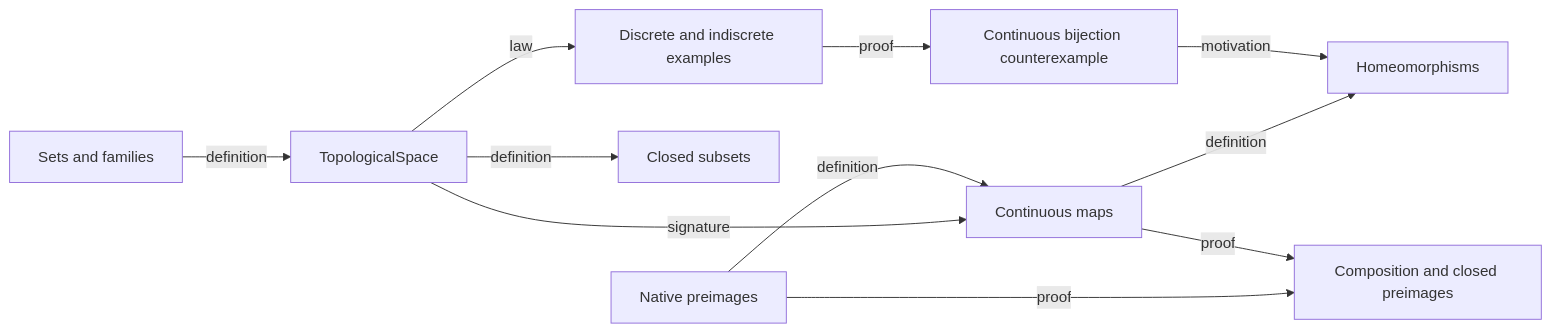
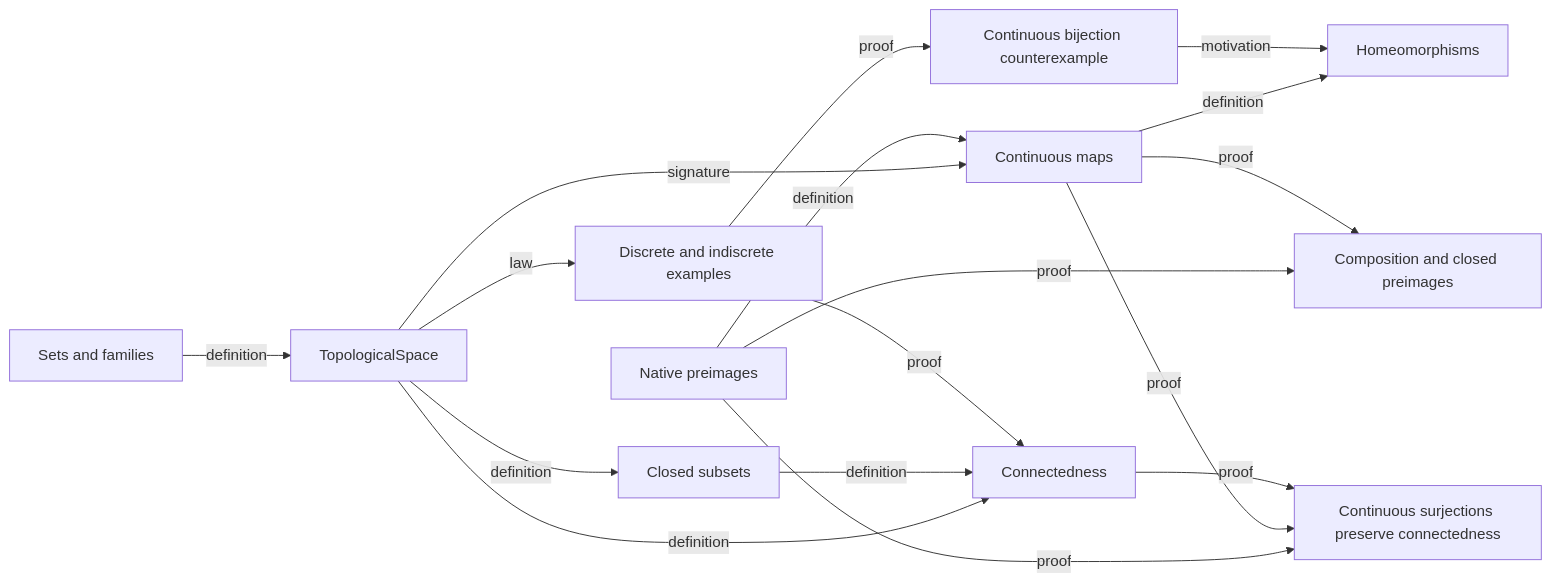
Before and after one commit to litexlang/golitex: the diagram in showcases/topology/math_collections.md, drawn with Mermaid. The commit also changed other lines of this file and 207 other files, not shown here.

````diff
--- a/showcases/topology/math_collections.md
+++ b/showcases/topology/math_collections.md
@@ -56,13 +72,19 @@
 ```mermaid
 flowchart LR
   S[Sets and families] -->|definition| T[TopologicalSpace]
   T -->|law| E[Discrete and indiscrete examples]
   T -->|definition| C[Closed subsets]
   T -->|signature| M[Continuous maps]
   P[Native preimages] -->|definition| M
   P -->|proof| K[Composition and closed preimages]
   M -->|proof| K
   E -->|proof| D[Continuous bijection counterexample]
   M -->|definition| H[Homeomorphisms]
   D -->|motivation| H
+  T -->|definition| N[Connectedness]
+  C -->|definition| N
+  E -->|proof| N
+  P -->|proof| Q[Continuous surjections preserve connectedness]
+  M -->|proof| Q
+  N -->|proof| Q
 ```
````
